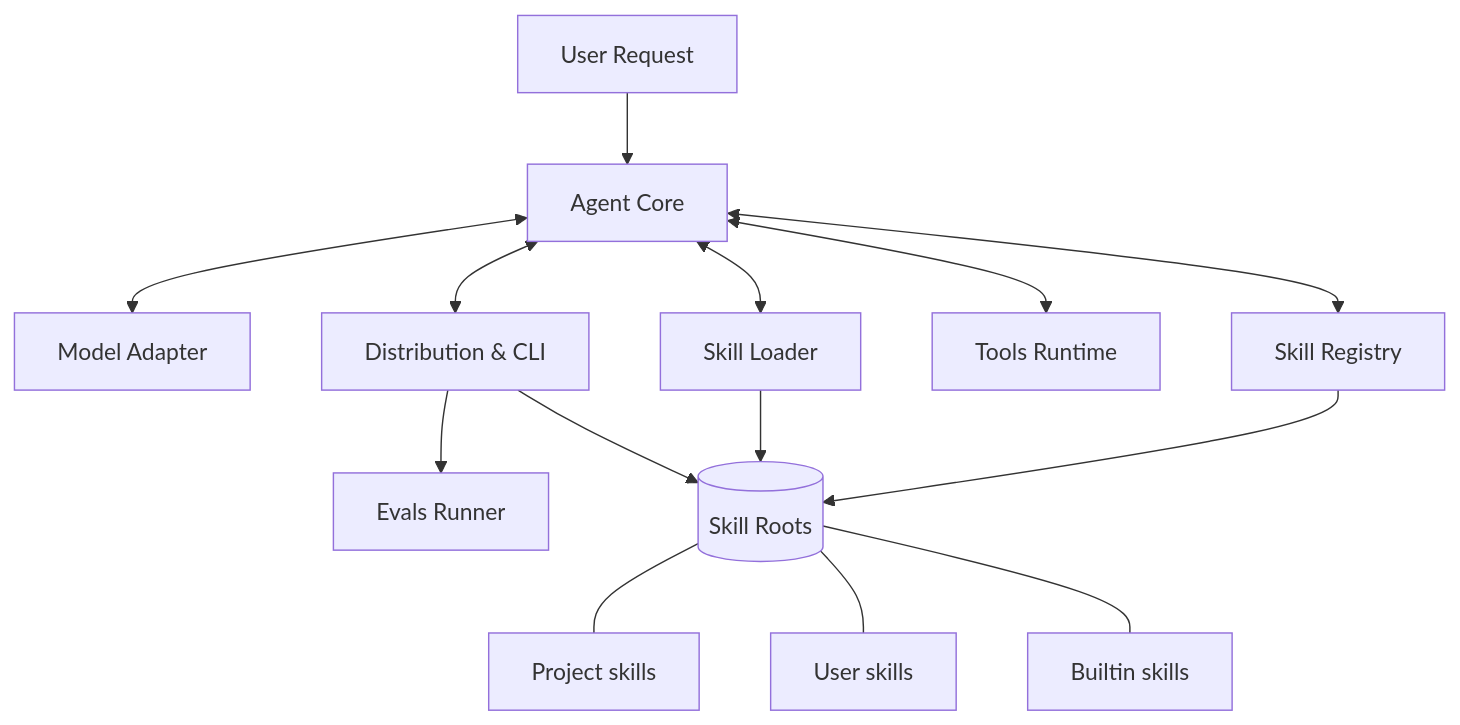
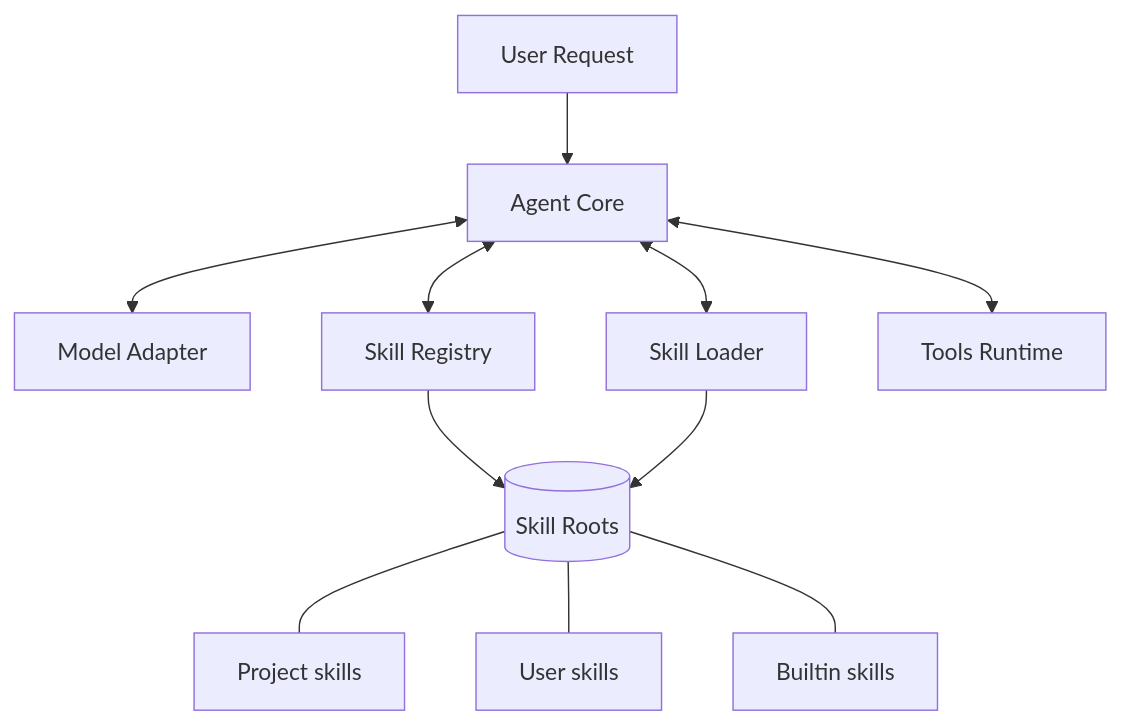
The first of 3 diagrams in docs/agent-skills-tech-design.md (PGshen/skills-agent), drawn with Mermaid before and after one commit. The commit also changed other lines of this file and 34 other files, not shown here.

````diff
--- a/docs/agent-skills-tech-design.md
+++ b/docs/agent-skills-tech-design.md
@@ -56,18 +69,15 @@
 ```mermaid
 flowchart TB
   user[User Request] --> core[Agent Core]
   core <--> model[Model Adapter]
   core <--> registry[Skill Registry]
   core <--> loader[Skill Loader]
   core <--> tools[Tools Runtime]
-  core <--> dist[Distribution & CLI]
-  dist --> evals[Evals Runner]
 
   registry --> roots[(Skill Roots)]
   loader --> roots
-  dist --> roots
 
   roots --- project[Project skills]
   roots --- userroot[User skills]
   roots --- builtin[Builtin skills]
 ```
````
